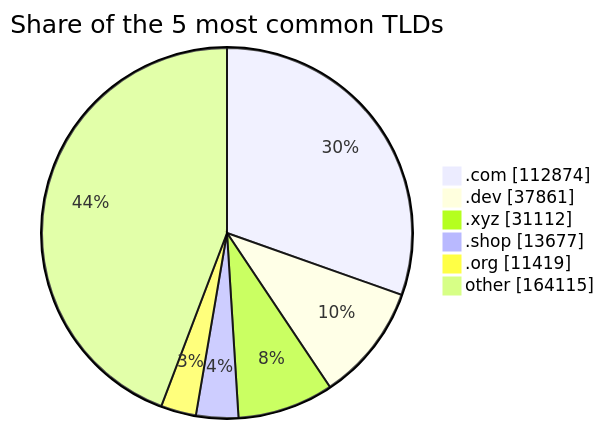
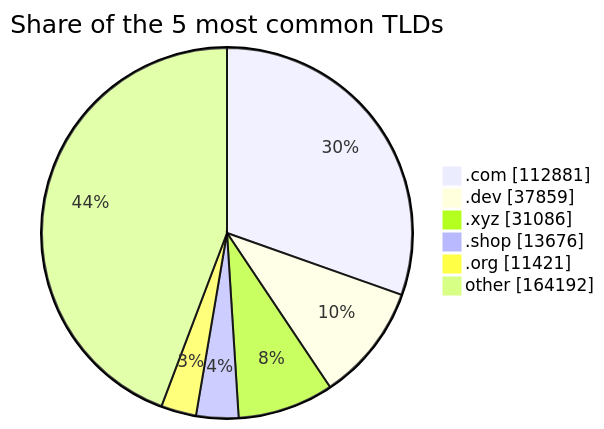
Before and after one commit to DNSBunker/CTI: the third of 3 diagrams in README.md, drawn with Mermaid. The commit also changed other lines of this file and 3 other files, not shown here.

````diff
--- a/README.md
+++ b/README.md
@@ -81,9 +81,9 @@
 ```mermaid
 pie showData title Share of the 5 most common TLDs
-    ".com" : 112874
-    ".dev" : 37861
-    ".xyz" : 31112
-    ".shop" : 13677
-    ".org" : 11419
-    "other" : 164115
+    ".com" : 112881
+    ".dev" : 37859
+    ".xyz" : 31086
+    ".shop" : 13676
+    ".org" : 11421
+    "other" : 164192
 ```
````
